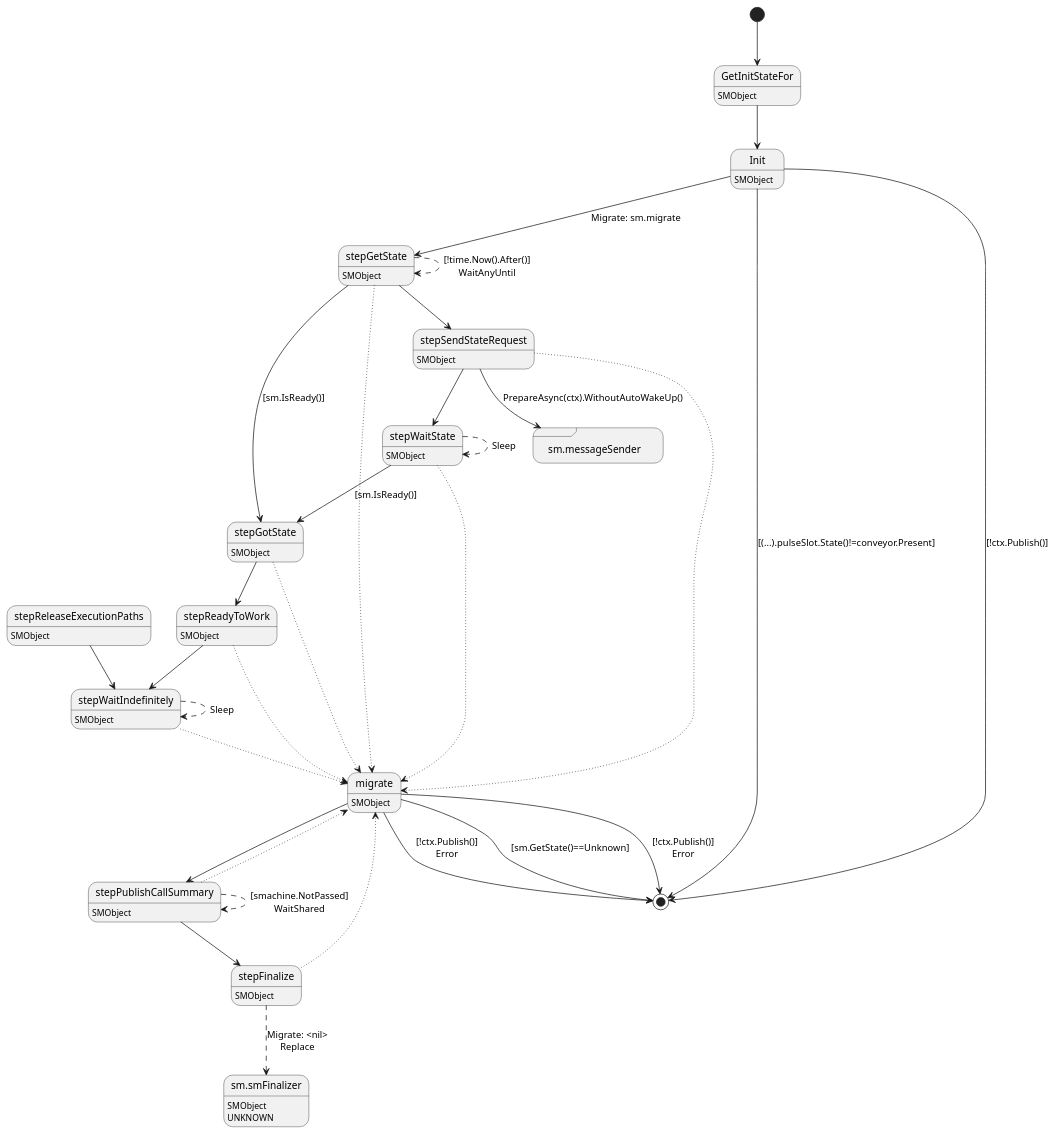
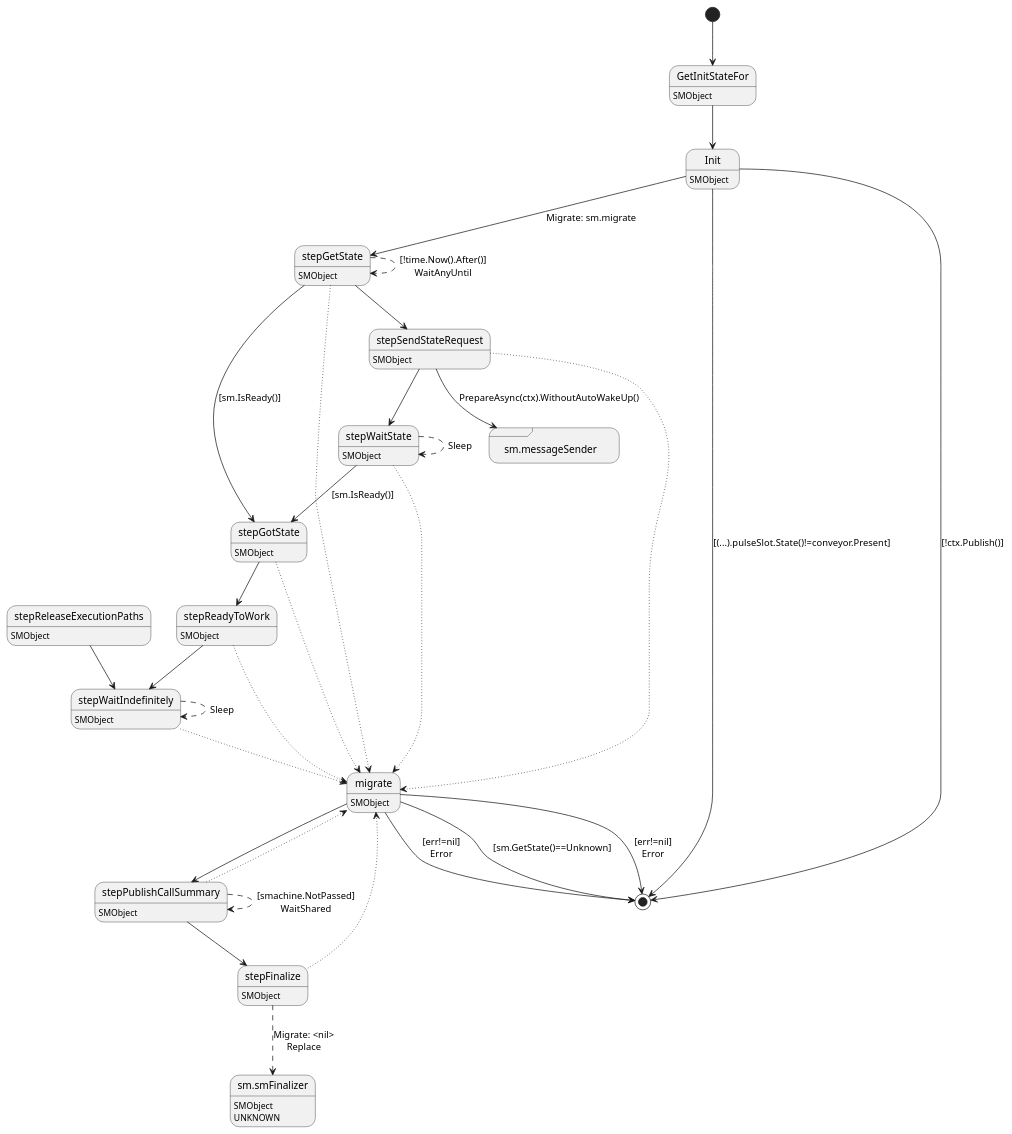
Before and after one commit to insolar/assured-ledger: the diagram in ledger-core/virtual/object/object.plantuml, drawn with PlantUML. The commit also changed 1 other file, not shown here.

Commit message:
NOISSUE: Architectural supervision fixes (#497)
* NOISSUE: Architectural supervision fixes

* NOISSUE: update UML

* NOISSUE: Fixed review comments

* NOISSUE: Fixed UML

```diff
--- a/ledger-core/virtual/object/object.plantuml
+++ b/ledger-core/virtual/object/object.plantuml
@@ -1,61 +1,61 @@
 @startuml
 state "GetInitStateFor" as T00_S001
 T00_S001 : SMObject
 [*] --> T00_S001
 T00_S001 --> T00_S002
 state "Init" as T00_S002
 T00_S002 : SMObject
 T00_S002 --> [*] : [(...).pulseSlot.State()!=conveyor.Present]
 T00_S002 --> [*] : [!ctx.Publish()]
 T00_S002 --> T00_S005 : Migrate: sm.migrate
 state "migrate" as T00_S011
 T00_S011 : SMObject
 T00_S011 --> [*] : [sm.GetState()==Unknown]
-T00_S011 --> [*] : [!ctx.Publish()]\nError
-T00_S011 --> [*] : [!ctx.Publish()]\nError
+T00_S011 --> [*] : [err!=nil]\nError
+T00_S011 --> [*] : [err!=nil]\nError
 T00_S011 --> T00_S012
 state "sm.messageSender" as T00_S004 <<sdlreceive>>
 state "stepFinalize" as T00_S013
 T00_S013 : SMObject
 T00_S013 --[dotted]> T00_S011
 state "sm.smFinalizer" as T00_U001
 T00_U001 : SMObject
 T00_U001 : UNKNOWN 
 T00_S013 --[dashed]> T00_U001 : Migrate: <nil>\nReplace
 state "stepGetState" as T00_S005
 T00_S005 : SMObject
 T00_S005 --[dotted]> T00_S011
 T00_S005 --> T00_S007 : [sm.IsReady()]
 T00_S005 --[dashed]> T00_S005 : [!time.Now().After()]\nWaitAnyUntil
 T00_S005 --> T00_S003
 state "stepGotState" as T00_S007
 T00_S007 : SMObject
 T00_S007 --[dotted]> T00_S011
 T00_S007 --> T00_S008
 state "stepPublishCallSummary" as T00_S012
 T00_S012 : SMObject
 T00_S012 --[dotted]> T00_S011
 T00_S012 --[dashed]> T00_S012 : [smachine.NotPassed]\nWaitShared
 T00_S012 --> T00_S013
 state "stepReadyToWork" as T00_S008
 T00_S008 : SMObject
 T00_S008 --[dotted]> T00_S011
 T00_S008 --> T00_S009
 state "stepReleaseExecutionPaths" as T00_S010
 T00_S010 : SMObject
 T00_S010 --> T00_S009
 state "stepSendStateRequest" as T00_S003
 T00_S003 : SMObject
 T00_S003 --[dotted]> T00_S011
 T00_S003 --> T00_S004 : PrepareAsync(ctx).WithoutAutoWakeUp()
 T00_S003 --> T00_S006
 state "stepWaitIndefinitely" as T00_S009
 T00_S009 : SMObject
 T00_S009 --[dotted]> T00_S011
 T00_S009 --[dashed]> T00_S009 : Sleep
 state "stepWaitState" as T00_S006
 T00_S006 : SMObject
 T00_S006 --[dotted]> T00_S011
 T00_S006 --> T00_S007 : [sm.IsReady()]
 T00_S006 --[dashed]> T00_S006 : Sleep
 @enduml
```
